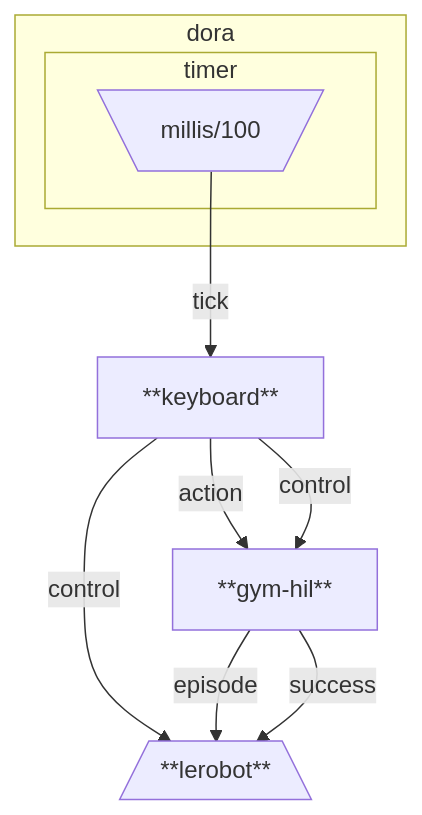
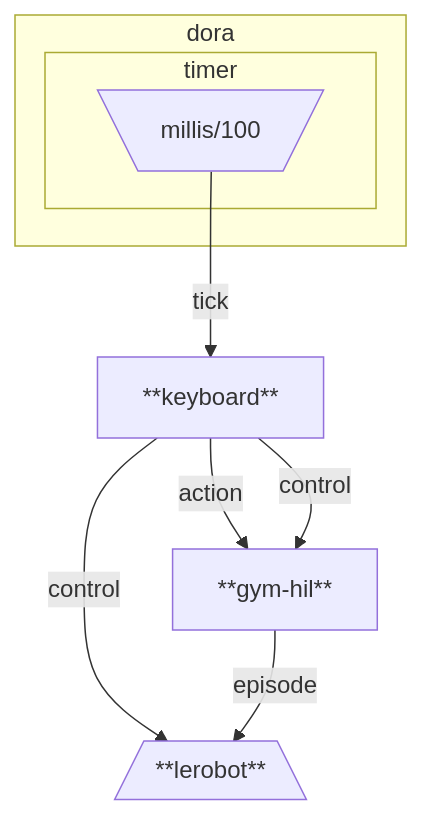
Before and after one commit to irisTa56/lerobot-trial: the second of 2 diagrams in README.md, drawn with Mermaid. The commit also changed other lines of this file and 5 other files, not shown here.

Commit message:
Refactor gym-hil node for state machine implementation and update control commands in documentation

````diff
--- a/README.md
+++ b/README.md
@@ -98,19 +101,18 @@
 ```mermaid
 flowchart TB
   gym-hil["**gym-hil**"]
   keyboard["**keyboard**"]
   lerobot[/"**lerobot**"\]
 
   subgraph ___dora___ [dora]
     subgraph ___timer_timer___ [timer]
       dora/timer/millis/100[\millis/100/]
     end
   end
 
   keyboard -- action --> gym-hil
   keyboard -- control --> gym-hil
   dora/timer/millis/100 -- tick --> keyboard
   keyboard -- control --> lerobot
   gym-hil -- episode --> lerobot
-  gym-hil -- success --> lerobot
 ```
````
